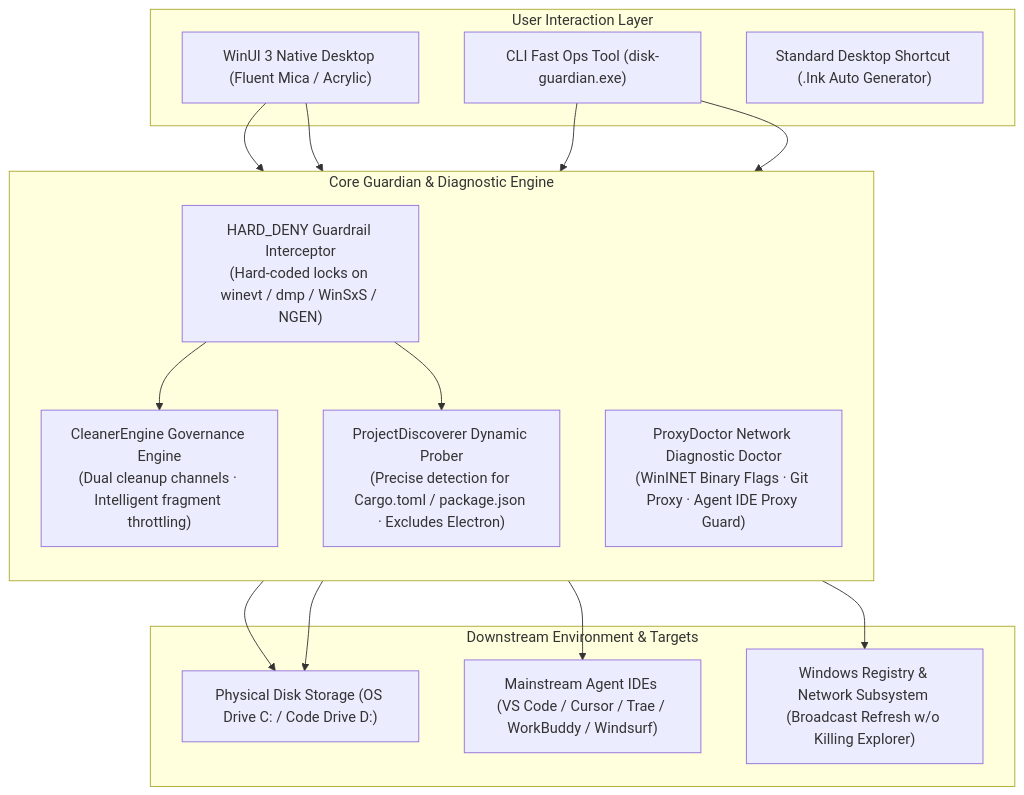
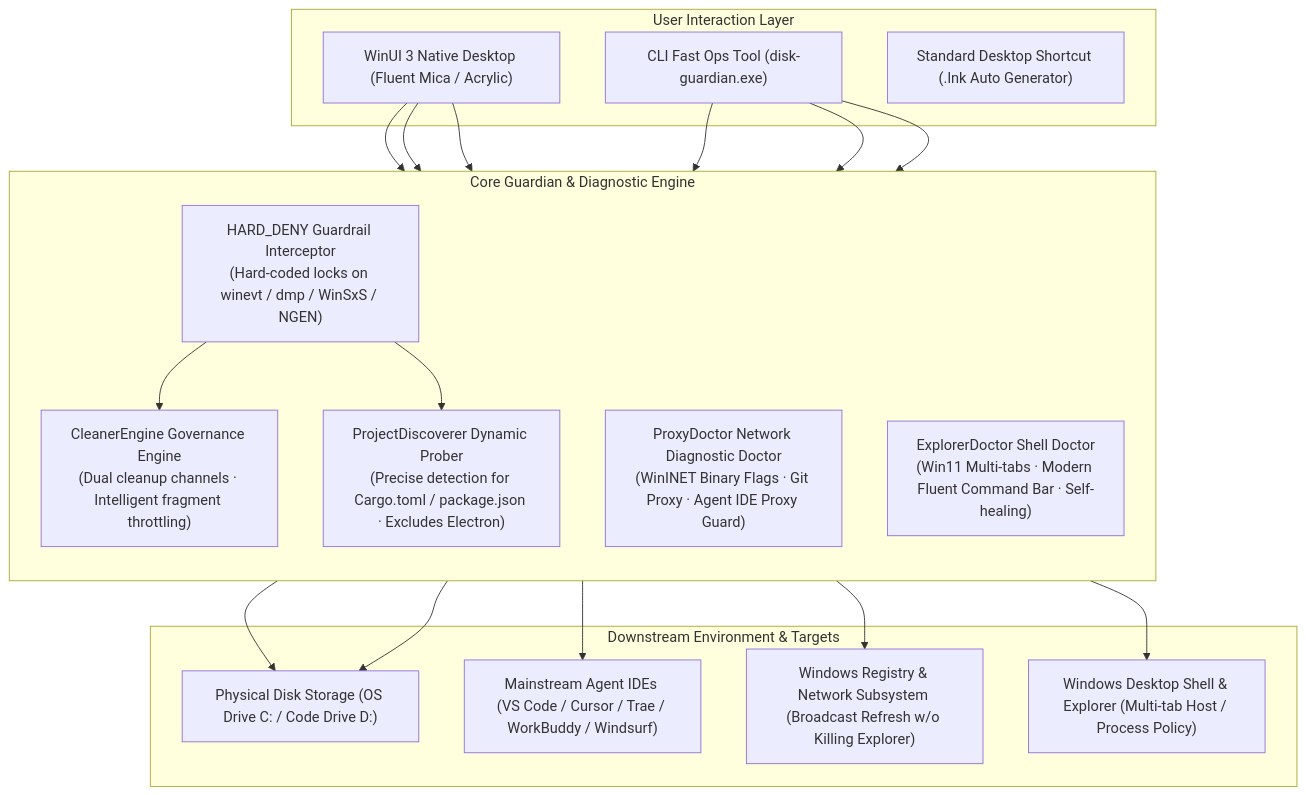
Before and after one commit to HMuSeaB/disk-guardian: the diagram in README_EN.md, drawn with Mermaid. The commit also changed other lines of this file and 8 other files, not shown here.

Commit message:
feat(diagnostics): add ExplorerDoctor for Windows 11 shell health and one-click restoration

````diff
--- a/README_EN.md
+++ b/README_EN.md
@@ -53,33 +53,38 @@
 ```mermaid
 graph TD
     subgraph User Interaction Layer
         GUI["WinUI 3 Native Desktop (Fluent Mica / Acrylic)"]
         CLI["CLI Fast Ops Tool (disk-guardian.exe)"]
         LNK["Standard Desktop Shortcut (.lnk Auto Generator)"]
     end
 
     subgraph Core Guardian & Diagnostic Engine
         direction TB
         DENY["HARD_DENY Guardrail Interceptor<br/>(Hard-coded locks on winevt / dmp / WinSxS / NGEN)"]
         RULE["CleanerEngine Governance Engine<br/>(Dual cleanup channels · Intelligent fragment throttling)"]
         DISC["ProjectDiscoverer Dynamic Prober<br/>(Precise detection for Cargo.toml / package.json · Excludes Electron)"]
         PROXY["ProxyDoctor Network Diagnostic Doctor<br/>(WinINET Binary Flags · Git Proxy · Agent IDE Proxy Guard)"]
+        EXPLORER["ExplorerDoctor Shell Doctor<br/>(Win11 Multi-tabs · Modern Fluent Command Bar · Self-healing)"]
     end
 
     subgraph Downstream Environment & Targets
         STORAGE["Physical Disk Storage (OS Drive C: / Code Drive D:)"]
         IDE_ENV["Mainstream Agent IDEs (VS Code / Cursor / Trae / WorkBuddy / Windsurf)"]
         WININET["Windows Registry & Network Subsystem (Broadcast Refresh w/o Killing Explorer)"]
+        SHELL["Windows Desktop Shell & Explorer (Multi-tab Host / Process Policy)"]
     end
 
     GUI --> DENY
     CLI --> DENY
     DENY --> RULE
     DENY --> DISC
     GUI --> PROXY
     CLI --> PROXY
+    GUI --> EXPLORER
+    CLI --> EXPLORER
     RULE --> STORAGE
     DISC --> STORAGE
     PROXY --> IDE_ENV
     PROXY --> WININET
+    EXPLORER --> SHELL
 ```
````
